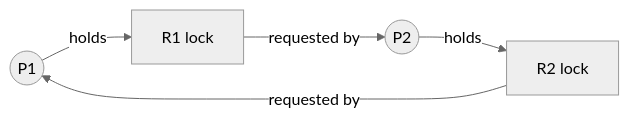
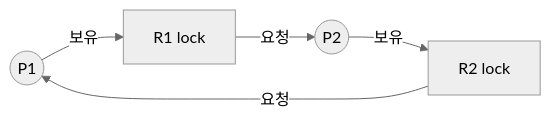
One commit to mandoobox/mandoobox.github.io changed diagram 22 of 37 in _posts/cs-note/2026-02-27-os.md. Above: the diagram before and after it, drawn with Mermaid (neutral theme). The commit also changed other lines of this file and 18 other files, not shown here.

````diff
--- a/_posts/cs-note/2026-02-27-os.md
+++ b/_posts/cs-note/2026-02-27-os.md
@@ -683,7 +689,7 @@
 ```mermaid
 graph LR
-  P1((P1)) -->|holds| R1["R1 lock"]
-  R1 -->|requested by| P2((P2))
-  P2 -->|holds| R2["R2 lock"]
-  R2 -->|requested by| P1
+  P1((P1)) -->|보유| R1["R1 lock"]
+  R1 -->|요청| P2((P2))
+  P2 -->|보유| R2["R2 lock"]
+  R2 -->|요청| P1
 ```
````
